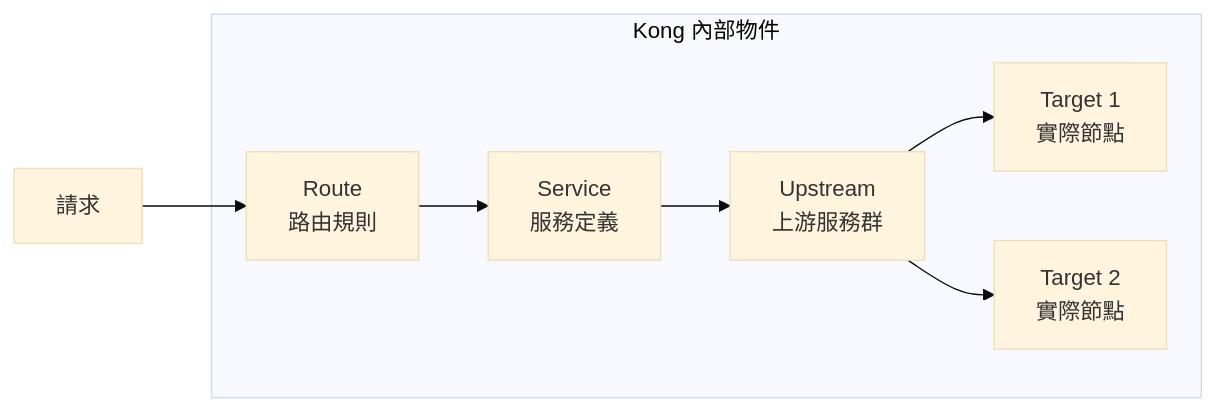
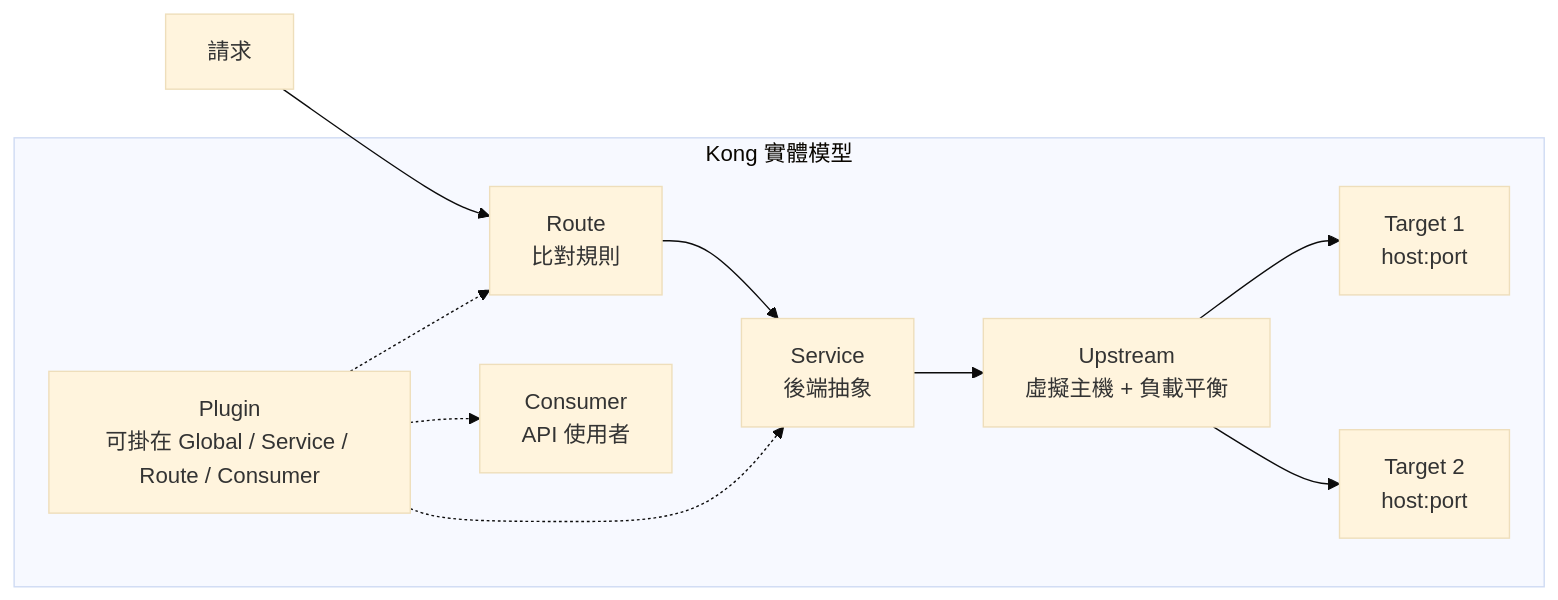
One commit to chihhung/Blog changed the ninth of 22 diagrams in content/posts/教學/工具/Kong API Gateway教學手冊.md. Above: the diagram before and after it, drawn with Mermaid (base theme). The commit also changed other lines of this file and 10 other files, not shown here.

````diff
--- a/content/posts/教學/工具/Kong API Gateway教學手冊.md
+++ b/content/posts/教學/工具/Kong API Gateway教學手冊.md
@@ -642,16 +1245,21 @@
 ```mermaid
 graph LR
-    subgraph "Kong 內部物件"
-        Route[Route<br/>路由規則]
-        Service[Service<br/>服務定義]
-        Upstream[Upstream<br/>上游服務群]
-        Target1[Target 1<br/>實際節點]
-        Target2[Target 2<br/>實際節點]
+    subgraph "Kong 實體模型"
+        Route[Route<br/>比對規則]
+        Service[Service<br/>後端抽象]
+        Upstream[Upstream<br/>虛擬主機 + 負載平衡]
+        Target1[Target 1<br/>host:port]
+        Target2[Target 2<br/>host:port]
+        Plugin[Plugin<br/>可掛在 Global / Service / Route / Consumer]
+        Consumer[Consumer<br/>API 使用者]
     end
-    
+
     Client[請求] --> Route
     Route --> Service
     Service --> Upstream
     Upstream --> Target1
     Upstream --> Target2
+    Plugin -.-> Route
+    Plugin -.-> Service
+    Plugin -.-> Consumer
 ```
````
